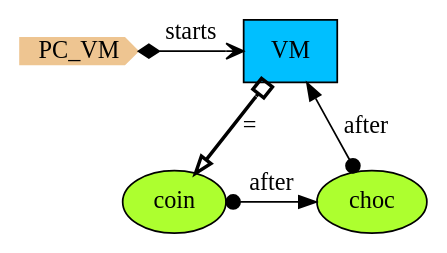
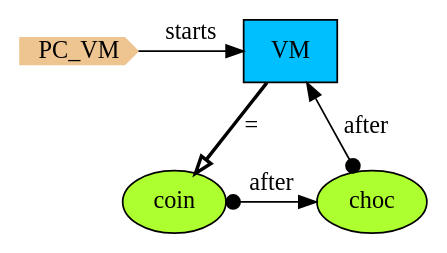
The diagram in Haskell/PCs/Examples/img/PC_VM.gv (namalio/Fragmenta), drawn with Graphviz before and after one commit. The commit also changed 157 other files, not shown here.

```diff
--- a/Haskell/PCs/Examples/img/PC_VM.gv
+++ b/Haskell/PCs/Examples/img/PC_VM.gv
@@ -1,14 +1,14 @@
 digraph {
 StartN_ [shape = cds,color=burlywood2,style=filled,height=.2,width=.2, label =PC_VM];
+VM [shape=box,fillcolor=deepskyblue,style = filled,label="VM "];
 choc [shape=ellipse,fillcolor=greenyellow,style = filled,label="choc"];
 coin [shape=ellipse,fillcolor=greenyellow,style = filled,label="coin"];
-VM [shape=box,fillcolor=deepskyblue,style = filled,label="VM "];
 
-{rank=min;StartN_,VM}
-{rank=same;coin,choc}
+{rank=same;choc,coin}
+{rank=same;VM,StartN_}
 
 choc->VM[arrowtail=dot,dir=both,label="after"];
+StartN_->VM[label="starts"];
+VM->coin[arrowhead="onormal",penwidth=2,label="="];
 coin->choc[arrowtail=dot,dir=both,label="after"];
-StartN_->VM[arrowhead="open",arrowtail=diamond,dir=both,label="starts"];
-VM->coin[arrowhead="onormal",dir=both,arrowtail=obox,penwidth=2,label="="];
 }
```
